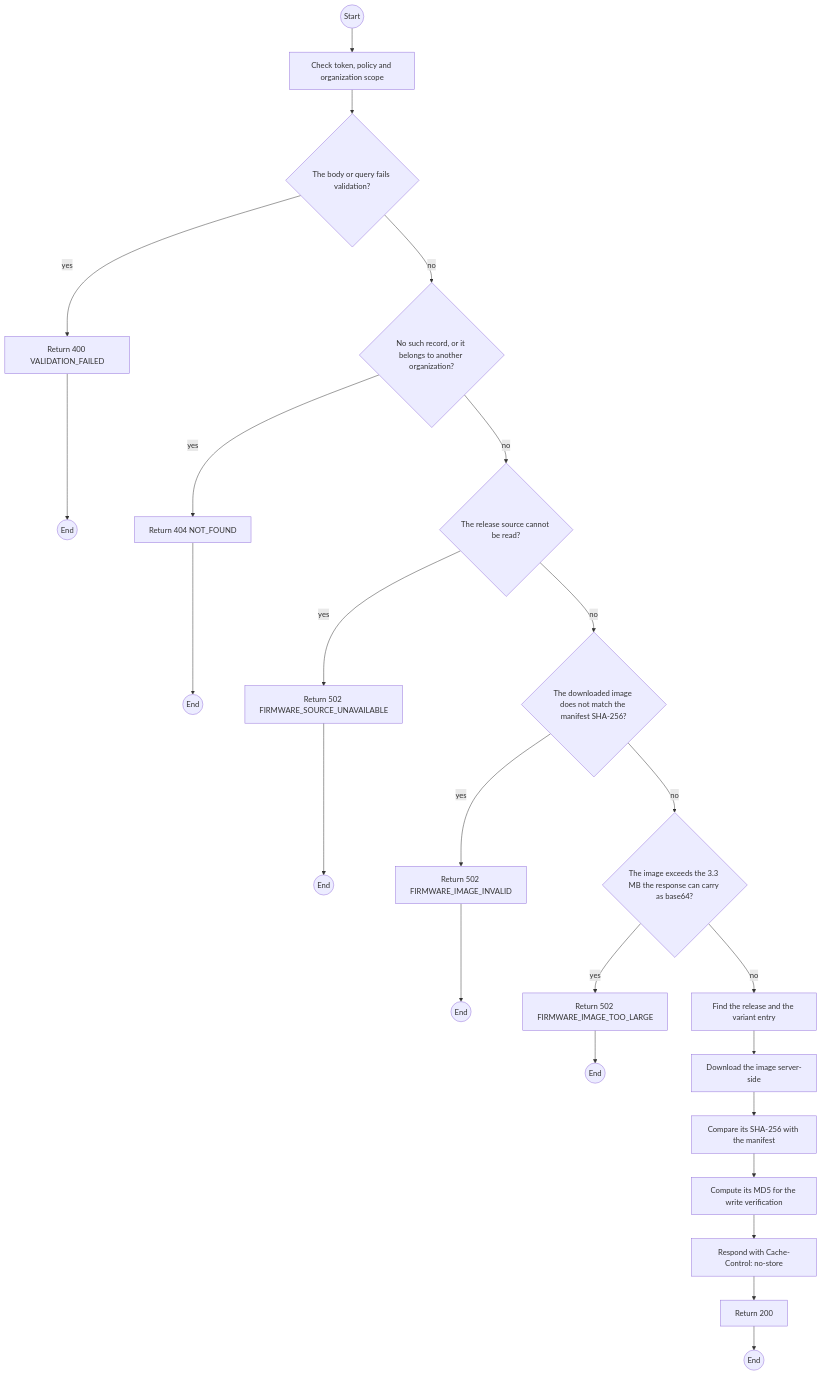
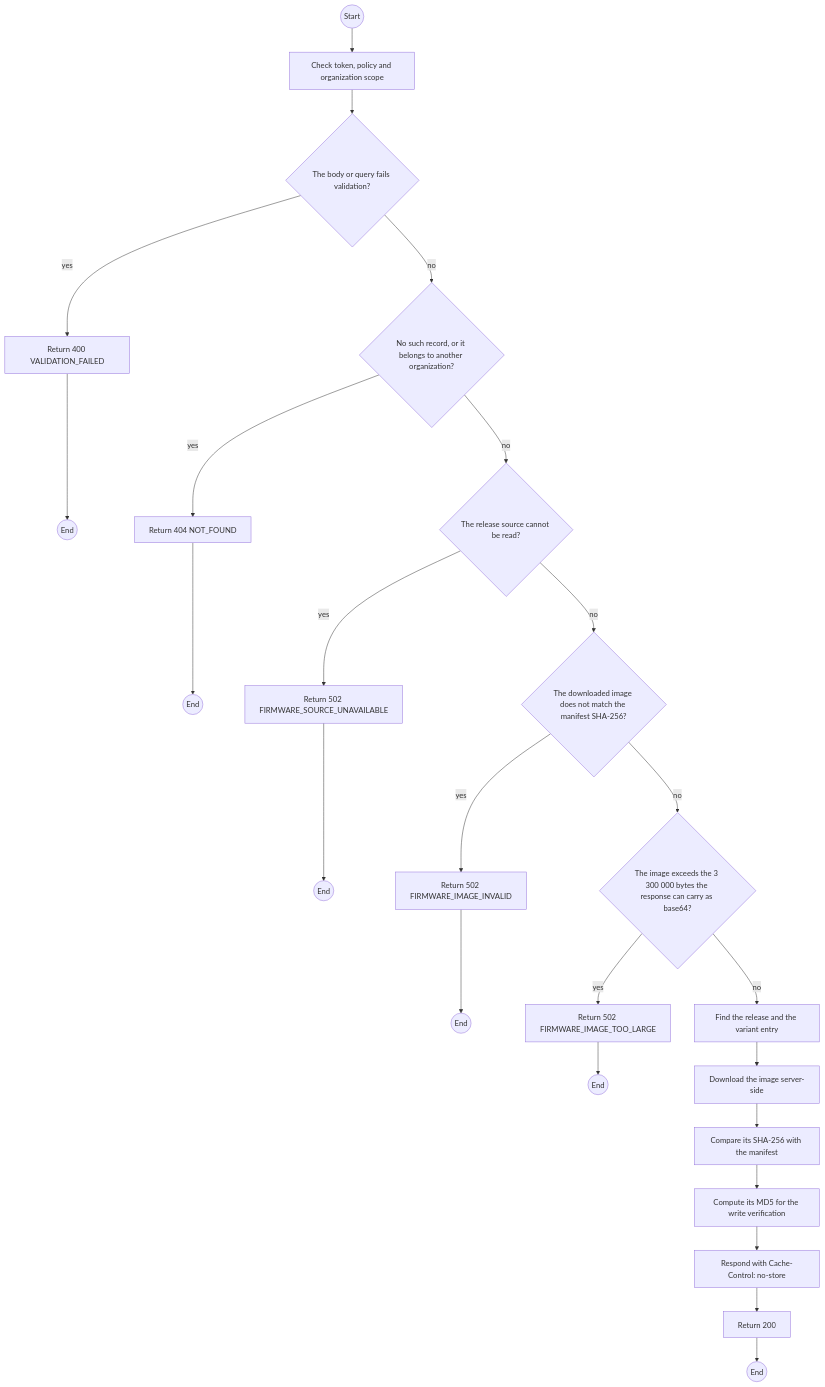
Before and after one commit to TrekLink-Team/treklink-web: the first of 2 diagrams in specs/devices/api-design/29-get-firmware-releases-version-images-variantcode.md, drawn with Mermaid. The commit also changed other lines of this file and 3 other files, not shown here.

````diff
--- a/specs/devices/api-design/29-get-firmware-releases-version-images-variantcode.md
+++ b/specs/devices/api-design/29-get-firmware-releases-version-images-variantcode.md
@@ -188,44 +188,44 @@
 ```mermaid
 flowchart TB
     S((Start))
     A0["Check token, policy and organization scope"]
     S --> A0
     D1{"The body or query fails validation?"}
     A0 --> D1
     E1["Return 400 VALIDATION_FAILED"]
     D1 -->|yes| E1
     E1 --> X1((End))
     D2{"No such record, or it belongs to another organization?"}
     D1 -->|no| D2
     E2["Return 404 NOT_FOUND"]
     D2 -->|yes| E2
     E2 --> X2((End))
     D3{"The release source cannot be read?"}
     D2 -->|no| D3
     E3["Return 502 FIRMWARE_SOURCE_UNAVAILABLE"]
     D3 -->|yes| E3
     E3 --> X3((End))
     D4{"The downloaded image does not match the manifest SHA-256?"}
     D3 -->|no| D4
     E4["Return 502 FIRMWARE_IMAGE_INVALID"]
     D4 -->|yes| E4
     E4 --> X4((End))
-    D5{"The image exceeds the 3.3 MB the response can carry as base64?"}
+    D5{"The image exceeds the 3 300 000 bytes the response can carry as base64?"}
     D4 -->|no| D5
     E5["Return 502 FIRMWARE_IMAGE_TOO_LARGE"]
     D5 -->|yes| E5
     E5 --> X5((End))
     P0["Find the release and the variant entry"]
     D5 -->|no| P0
     P1["Download the image server-side"]
     P0 --> P1
     P2["Compare its SHA-256 with the manifest"]
     P1 --> P2
     P3["Compute its MD5 for the write verification"]
     P2 --> P3
     P4["Respond with Cache-Control: no-store"]
     P3 --> P4
     OK["Return 200"]
     P4 --> OK
     OK --> Z((End))
 ```
````
